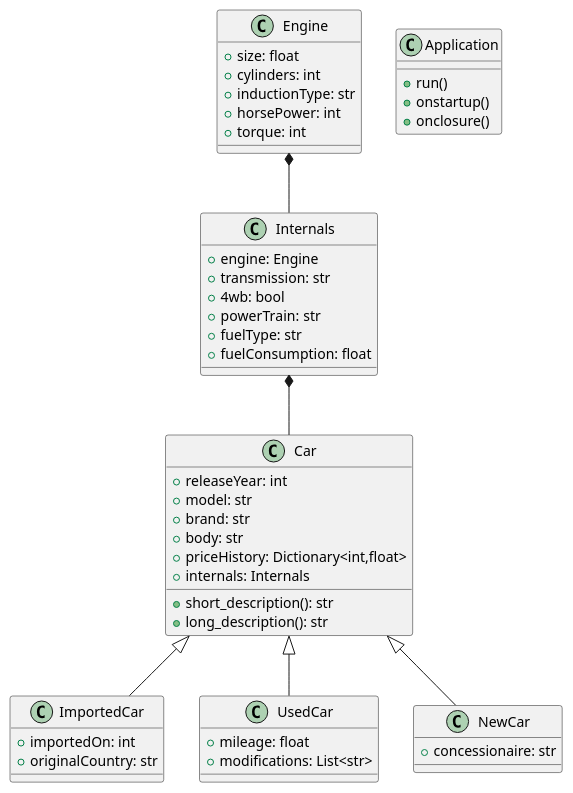
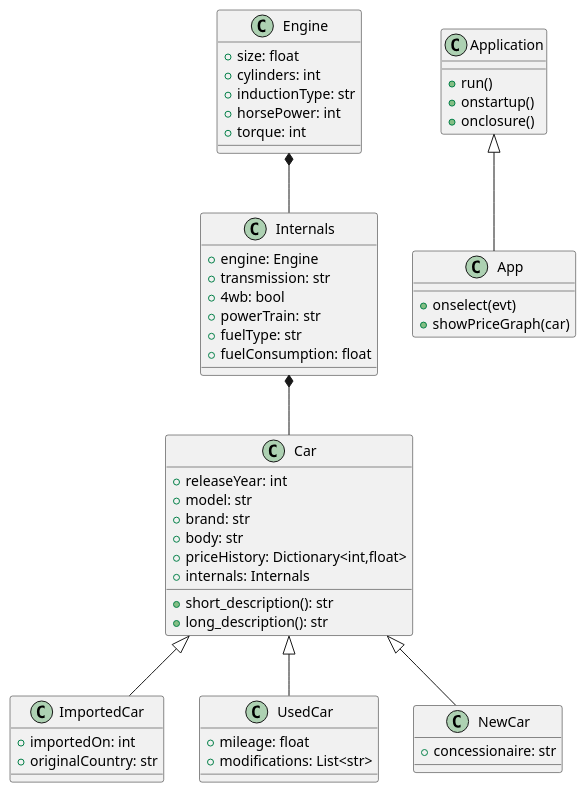
Before and after one commit to ooplata/carpedia: the diagram in Carpedia.puml, drawn with PlantUML.

Commit message:
Added App class to UML

```diff
--- a/Carpedia.puml
+++ b/Carpedia.puml
@@ -1,53 +1,58 @@
 @startuml Project
 class ImportedCar extends Car {
     +importedOn: int
     +originalCountry: str
 }
 
 class UsedCar extends Car {
     +mileage: float
     +modifications: List<str>
 }
 
 class NewCar extends Car {
     +concessionaire: str
 }
 
 Engine *-- Internals
 Internals *-- Car
 
 class Car {
     +releaseYear: int
     +model: str
     +brand: str
     +body: str
     +priceHistory: Dictionary<int,float>
     +internals: Internals
 
     +short_description(): str
     +long_description(): str
 }
 
 class Internals {
     +engine: Engine
     +transmission: str
     +4wb: bool
     +powerTrain: str
     +fuelType: str
     +fuelConsumption: float
 }
 
 class Engine {
     +size: float
     +cylinders: int
     +inductionType: str
     +horsePower: int
     +torque: int
 }
 
 class Application {
     +run()
     +onstartup()
     +onclosure()
 }
+
+class App extends Application {
+    +onselect(evt)
+    +showPriceGraph(car)
+}
 @enduml
```
